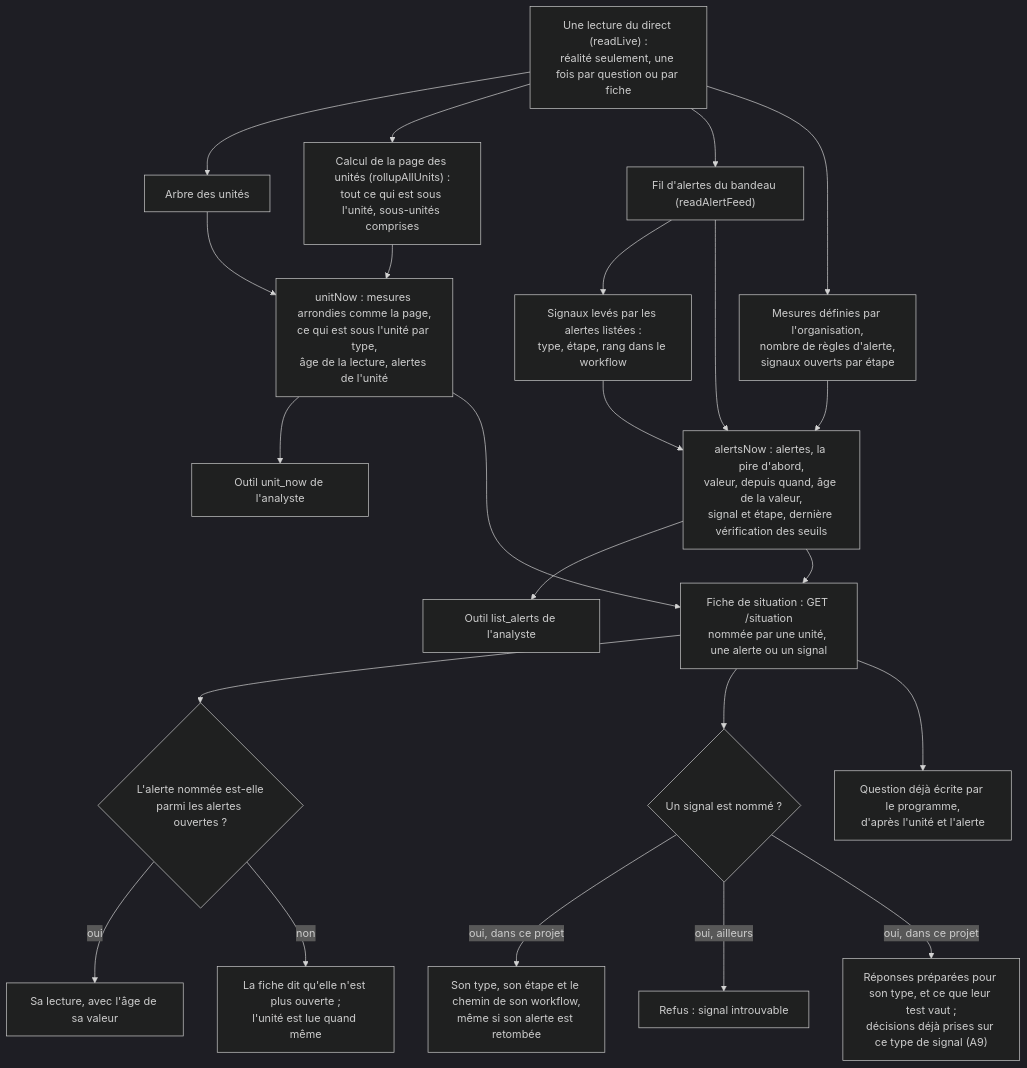
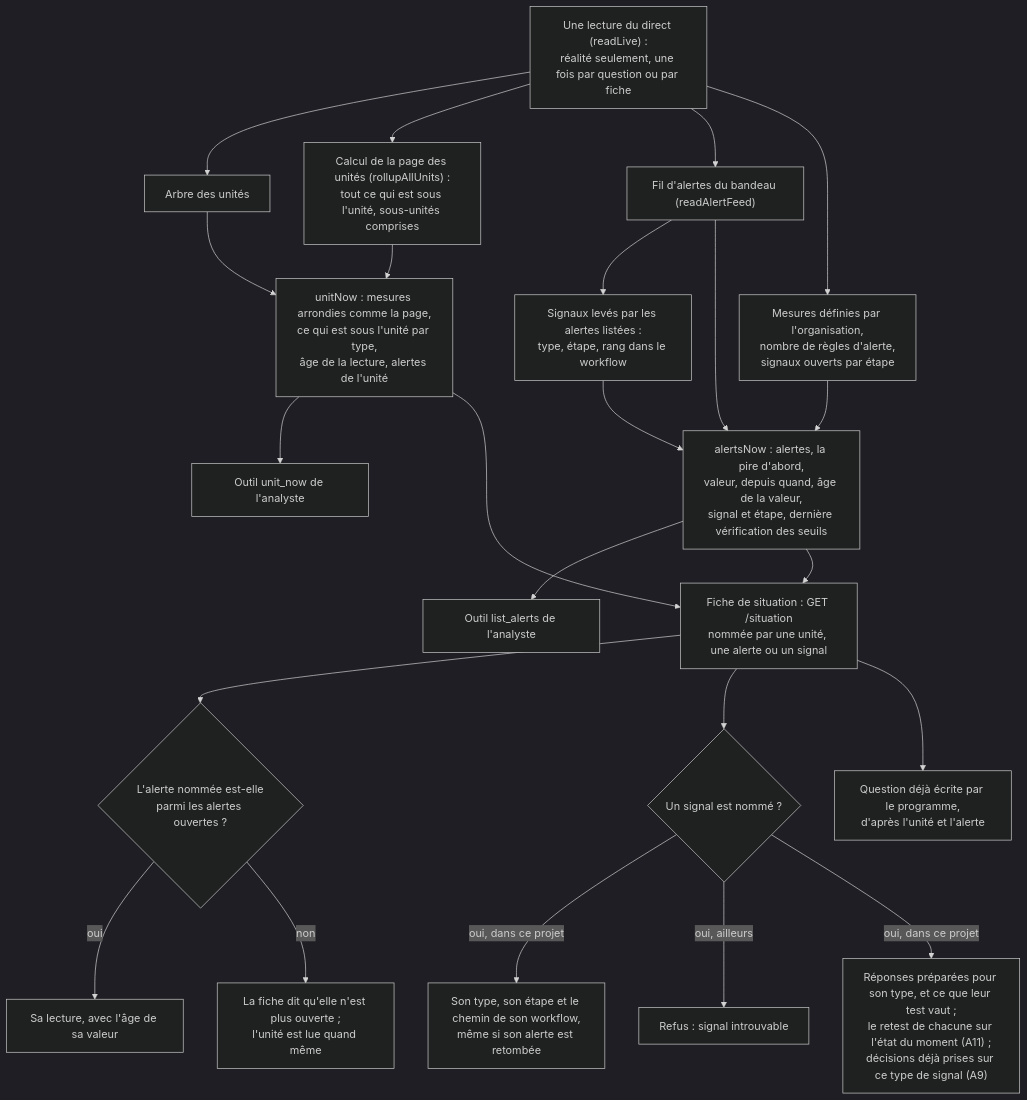
Diagram 33 of 33 in docs/algorithms.md (V1ktor7/obscyro), drawn with Mermaid (dark theme) before and after one commit. The commit also changed other lines of this file and 28 other files, not shown here.

````diff
--- a/docs/algorithms.md
+++ b/docs/algorithms.md
@@ -942,25 +1006,25 @@
 ```mermaid
 flowchart TD
     A["Une lecture du direct (readLive) :<br/>réalité seulement, une fois par question ou par fiche"] --> B["Arbre des unités"]
     A --> C["Calcul de la page des unités (rollupAllUnits) :<br/>tout ce qui est sous l'unité, sous-unités comprises"]
     A --> D["Fil d'alertes du bandeau (readAlertFeed)"]
     A --> E["Mesures définies par l'organisation,<br/>nombre de règles d'alerte,<br/>signaux ouverts par étape"]
     D --> F["Signaux levés par les alertes listées :<br/>type, étape, rang dans le workflow"]
     B --> G["unitNow : mesures arrondies comme la page,<br/>ce qui est sous l'unité par type,<br/>âge de la lecture, alertes de l'unité"]
     C --> G
     D --> H["alertsNow : alertes, la pire d'abord,<br/>valeur, depuis quand, âge de la valeur,<br/>signal et étape, dernière vérification des seuils"]
     E --> H
     F --> H
     G --> I["Outil unit_now de l'analyste"]
     H --> J["Outil list_alerts de l'analyste"]
     G --> K["Fiche de situation : GET /situation<br/>nommée par une unité, une alerte ou un signal"]
     H --> K
     K --> L{"L'alerte nommée est-elle<br/>parmi les alertes ouvertes ?"}
     L -->|"oui"| M["Sa lecture, avec l'âge de sa valeur"]
     L -->|"non"| N["La fiche dit qu'elle n'est plus ouverte ;<br/>l'unité est lue quand même"]
     K --> O{"Un signal est nommé ?"}
     O -->|"oui, dans ce projet"| P["Son type, son étape et le chemin de son workflow,<br/>même si son alerte est retombée"]
     O -->|"oui, ailleurs"| Q["Refus : signal introuvable"]
     K --> R["Question déjà écrite par le programme,<br/>d'après l'unité et l'alerte"]
-    O -->|"oui, dans ce projet"| S["Réponses préparées pour son type, et ce que leur test vaut ;<br/>décisions déjà prises sur ce type de signal (A9)"]
+    O -->|"oui, dans ce projet"| S["Réponses préparées pour son type, et ce que leur test vaut ;<br/>le retest de chacune sur l'état du moment (A11) ;<br/>décisions déjà prises sur ce type de signal (A9)"]
 ```
````
